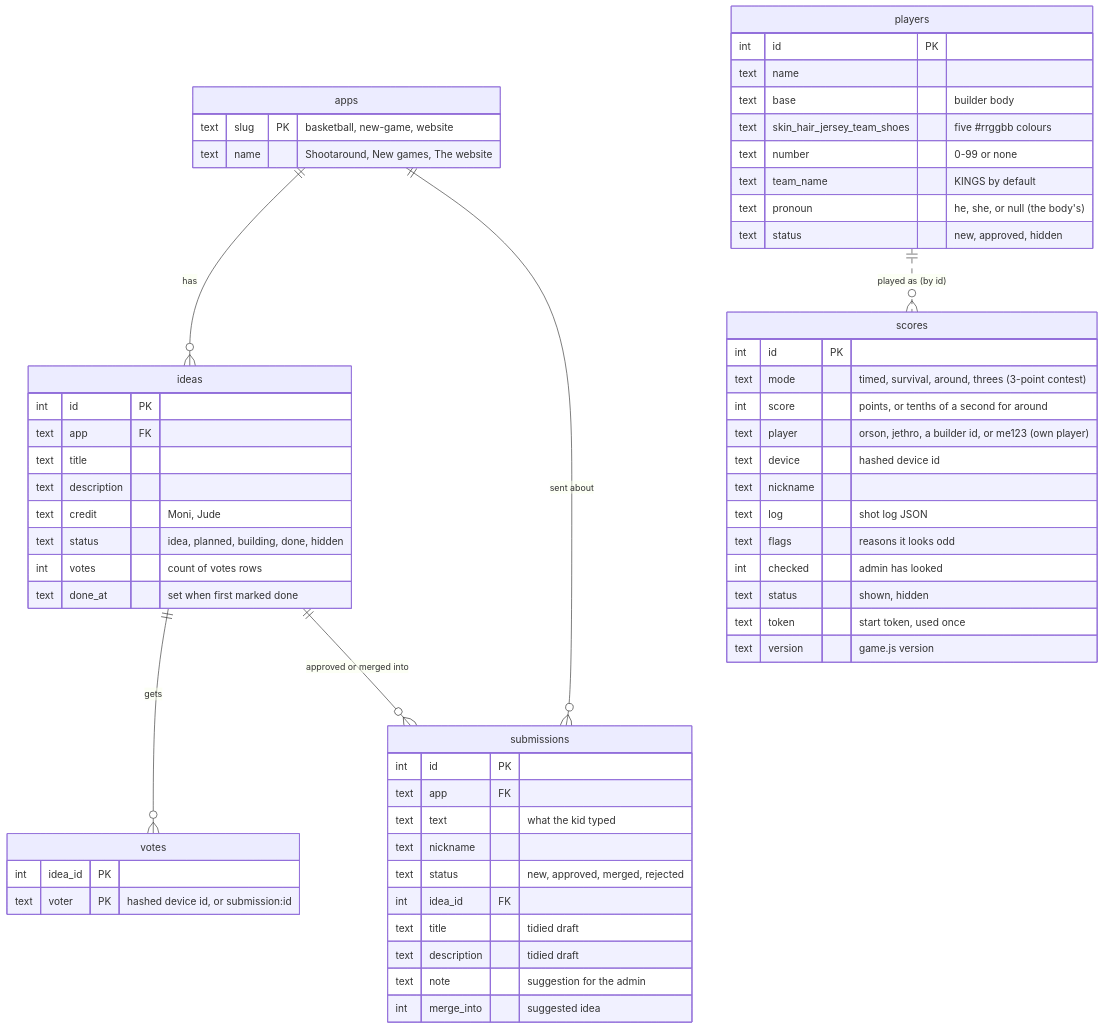
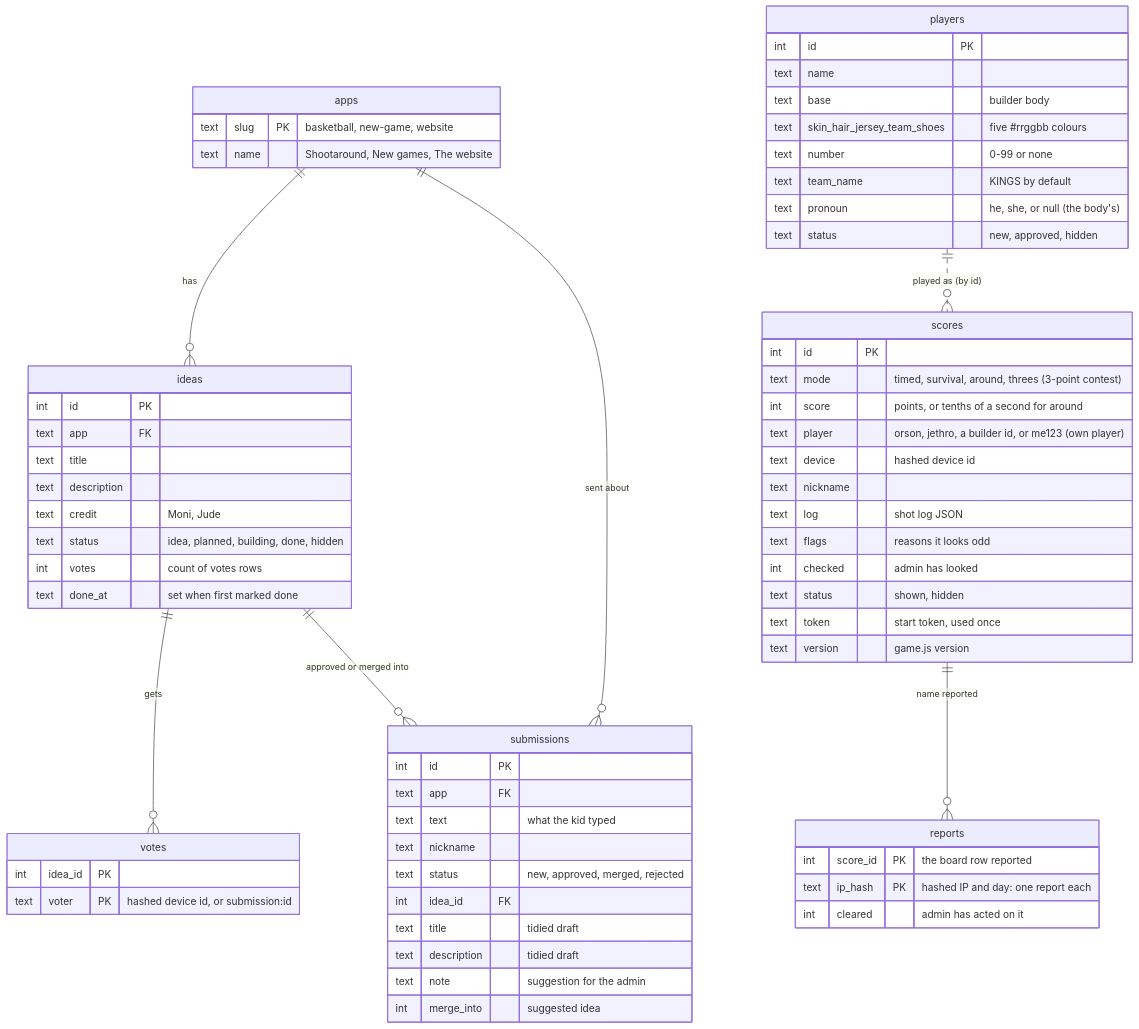
Before and after one commit to orsonbrooker/orsonbrooker.github.io: the third of 7 diagrams in docs/architecture.md, drawn with Mermaid. The commit also changed other lines of this file and 13 other files, not shown here.

First line of the commit message:
Report a leaderboard name: a flag on others' rows, reports in the admin inbox

````diff
--- a/docs/architecture.md
+++ b/docs/architecture.md
@@ -88,63 +88,69 @@
 ```mermaid
 erDiagram
   apps ||--o{ ideas : "has"
   apps ||--o{ submissions : "sent about"
   ideas ||--o{ votes : "gets"
   ideas ||--o{ submissions : "approved or merged into"
   players ||..o{ scores : "played as (by id)"
+  scores ||--o{ reports : "name reported"
 
   apps {
     text slug PK "basketball, new-game, website"
     text name "Shootaround, New games, The website"
   }
   submissions {
     int id PK
     text app FK
     text text "what the kid typed"
     text nickname
     text status "new, approved, merged, rejected"
     int idea_id FK
     text title "tidied draft"
     text description "tidied draft"
     text note "suggestion for the admin"
     int merge_into "suggested idea"
   }
   ideas {
     int id PK
     text app FK
     text title
     text description
     text credit "Moni, Jude"
     text status "idea, planned, building, done, hidden"
     int votes "count of votes rows"
     text done_at "set when first marked done"
   }
   votes {
     int idea_id PK
     text voter PK "hashed device id, or submission:id"
   }
   players {
     int id PK
     text name
     text base "builder body"
     text skin_hair_jersey_team_shoes "five #rrggbb colours"
     text number "0-99 or none"
     text team_name "KINGS by default"
     text pronoun "he, she, or null (the body's)"
     text status "new, approved, hidden"
   }
   scores {
     int id PK
     text mode "timed, survival, around, threes (3-point contest)"
     int score "points, or tenths of a second for around"
     text player "orson, jethro, a builder id, or me123 (own player)"
     text device "hashed device id"
     text nickname
     text log "shot log JSON"
     text flags "reasons it looks odd"
     int checked "admin has looked"
     text status "shown, hidden"
     text token "start token, used once"
     text version "game.js version"
   }
+  reports {
+    int score_id PK "the board row reported"
+    text ip_hash PK "hashed IP and day: one report each"
+    int cleared "admin has acted on it"
+  }
 ```
````
